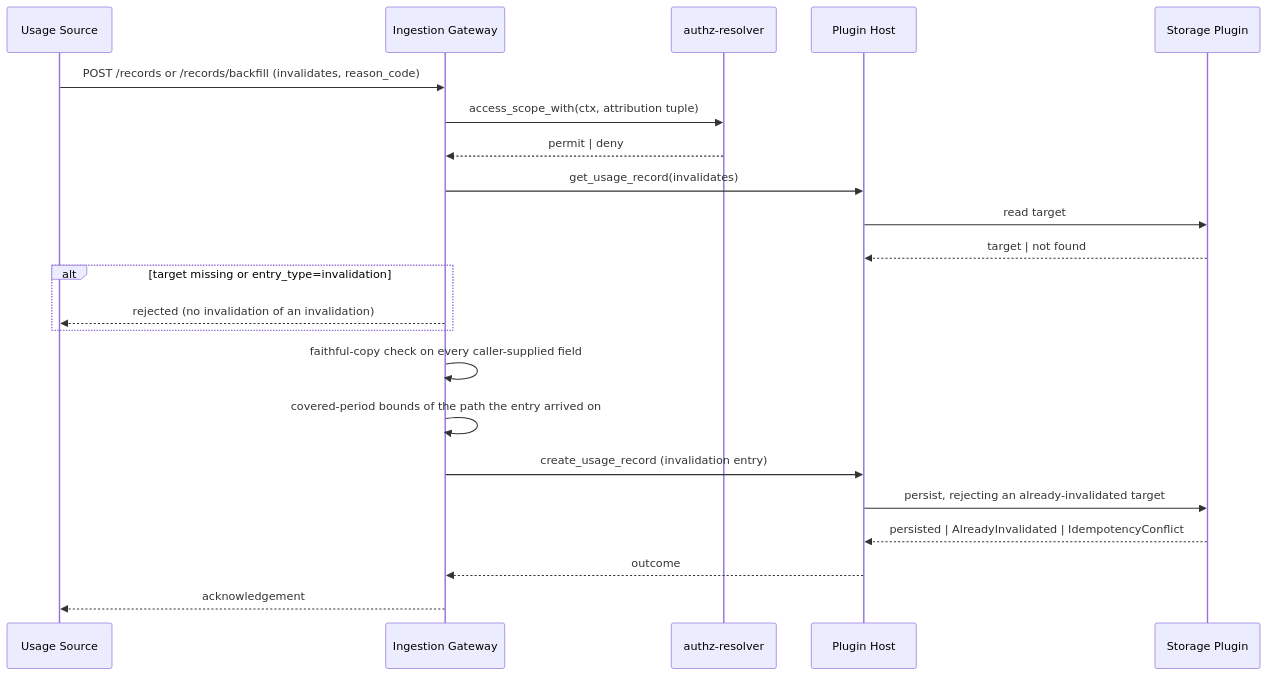
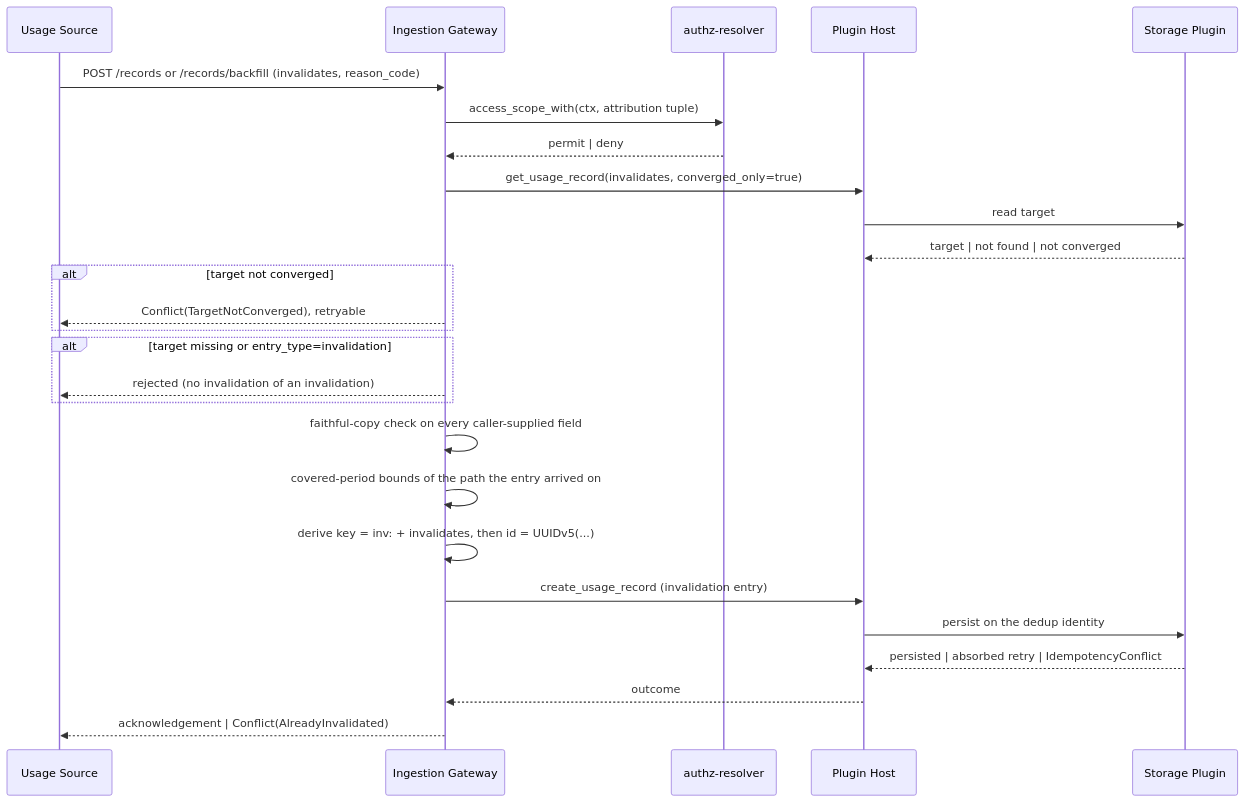
One commit to capybutler/gears-rust changed the fourth of 8 diagrams in gears/system/usage-collector/docs/DESIGN.md. Above: the diagram before and after it, drawn with Mermaid. The commit also changed other lines of this file and 8 other files, not shown here.

First line of the commit message:
docs(usage-collector)!: define dedup guarantees as outcomes

````diff
--- a/gears/system/usage-collector/docs/DESIGN.md
+++ b/gears/system/usage-collector/docs/DESIGN.md
@@ -1423,25 +1476,29 @@
 ```mermaid
 sequenceDiagram
     participant S as Usage Source
     participant IG as Ingestion Gateway
     participant PDP as authz-resolver
     participant PH as Plugin Host
     participant P as Storage Plugin
 
     S->>IG: POST /records or /records/backfill (invalidates, reason_code)
     IG->>PDP: access_scope_with(ctx, attribution tuple)
     PDP-->>IG: permit | deny
-    IG->>PH: get_usage_record(invalidates)
+    IG->>PH: get_usage_record(invalidates, converged_only=true)
     PH->>P: read target
-    P-->>PH: target | not found
+    P-->>PH: target | not found | not converged
+    alt target not converged
+        IG-->>S: Conflict(TargetNotConverged), retryable
+    end
     alt target missing or entry_type=invalidation
         IG-->>S: rejected (no invalidation of an invalidation)
     end
     IG->>IG: faithful-copy check on every caller-supplied field
     IG->>IG: covered-period bounds of the path the entry arrived on
+    IG->>IG: derive key = inv: + invalidates, then id = UUIDv5(...)
     IG->>PH: create_usage_record (invalidation entry)
-    PH->>P: persist, rejecting an already-invalidated target
-    P-->>PH: persisted | AlreadyInvalidated | IdempotencyConflict
+    PH->>P: persist on the dedup identity
+    P-->>PH: persisted | absorbed retry | IdempotencyConflict
     PH-->>IG: outcome
-    IG-->>S: acknowledgement
+    IG-->>S: acknowledgement | Conflict(AlreadyInvalidated)
 ```
````
